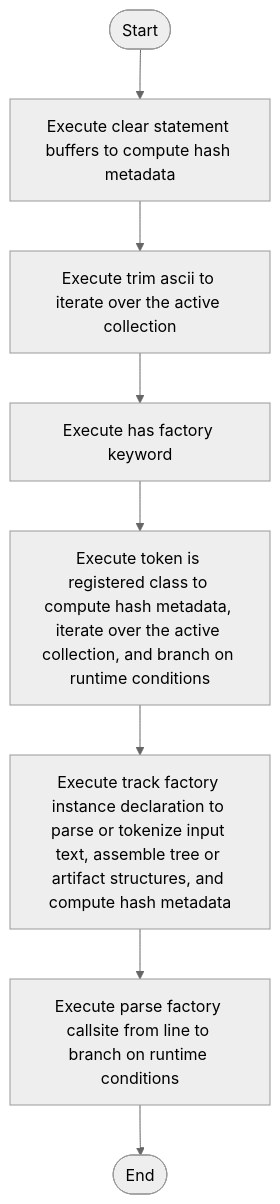
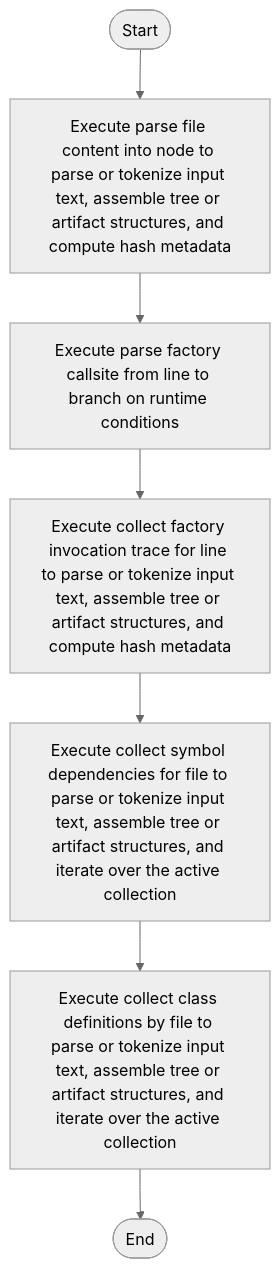
The diagram in docs/Codebase/Microservice/Modules/Source/SyntacticBrokenAST/ParseTree/Internal/build.cpp.md (JohnAndrewBalbarosa/NeoTerritory), drawn with Mermaid (neutral theme) before and after one commit. The commit also changed 148 other files, not shown here.

````diff
--- a/docs/Codebase/Microservice/Modules/Source/SyntacticBrokenAST/ParseTree/Internal/build.cpp.md
+++ b/docs/Codebase/Microservice/Modules/Source/SyntacticBrokenAST/ParseTree/Internal/build.cpp.md
@@ -39,18 +39,16 @@
 ```mermaid
 flowchart TD
     Start([Start])
-    N0[Execute clear statement buffers to compute hash metadata]
-    N1[Execute trim ascii to iterate over the active collection]
-    N2[Execute has factory keyword]
-    N3[Execute token is registered class to compute hash metadata, iterate over the active collection, and branch on runtime conditions]
-    N4[Execute track factory instance declaration to parse or tokenize input text, assemble tree or artifact structures, and compute hash metadata]
-    N5[Execute parse factory callsite from line to branch on runtime conditions]
+    N0[Execute parse file content into node to parse or tokenize input text, assemble tree or artifact structures, and compute hash metadata]
+    N1[Execute parse factory callsite from line to branch on runtime conditions]
+    N2[Execute collect factory invocation trace for line to parse or tokenize input text, assemble tree or artifact structures, and compute hash metadata]
+    N3[Execute collect symbol dependencies for file to parse or tokenize input text, assemble tree or artifact structures, and iterate over the active collection]
+    N4[Execute collect class definitions by file to parse or tokenize input text, assemble tree or artifact structures, and iterate over the active collection]
     End([End])
     Start --> N0
     N0 --> N1
     N1 --> N2
     N2 --> N3
     N3 --> N4
-    N4 --> N5
-    N5 --> End
+    N4 --> End
 ```
````
